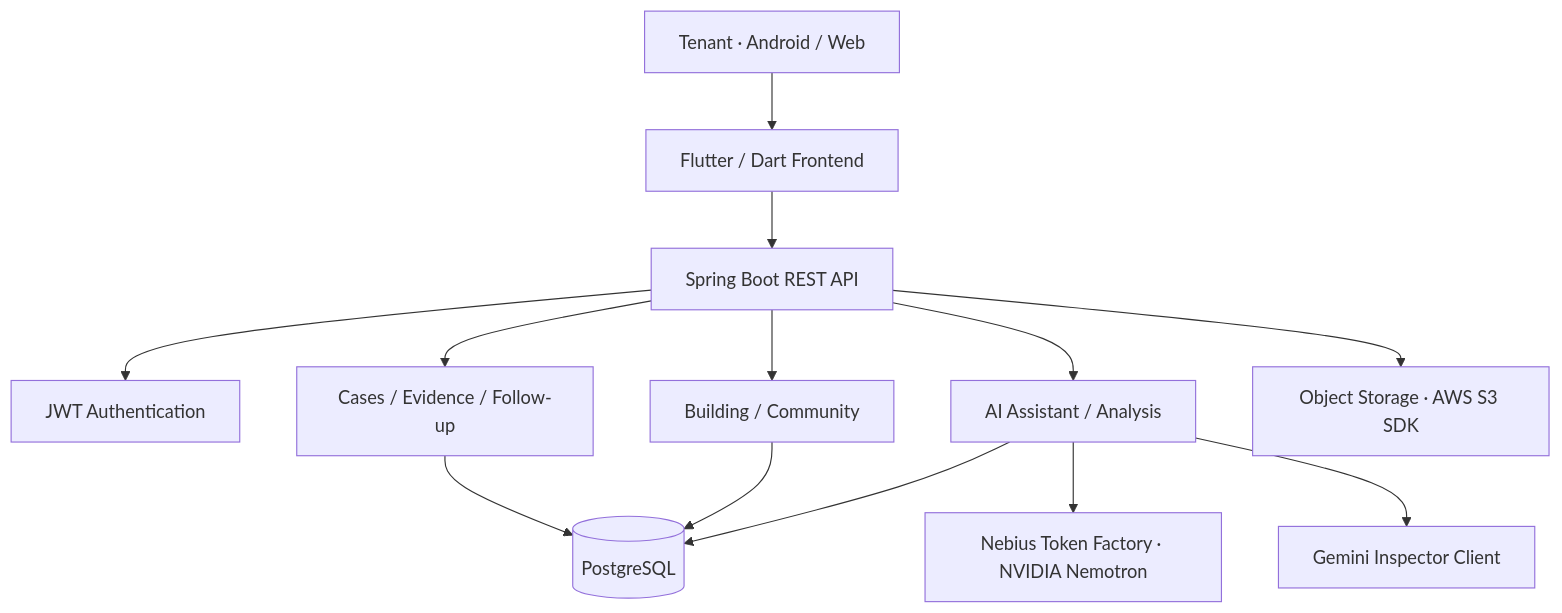
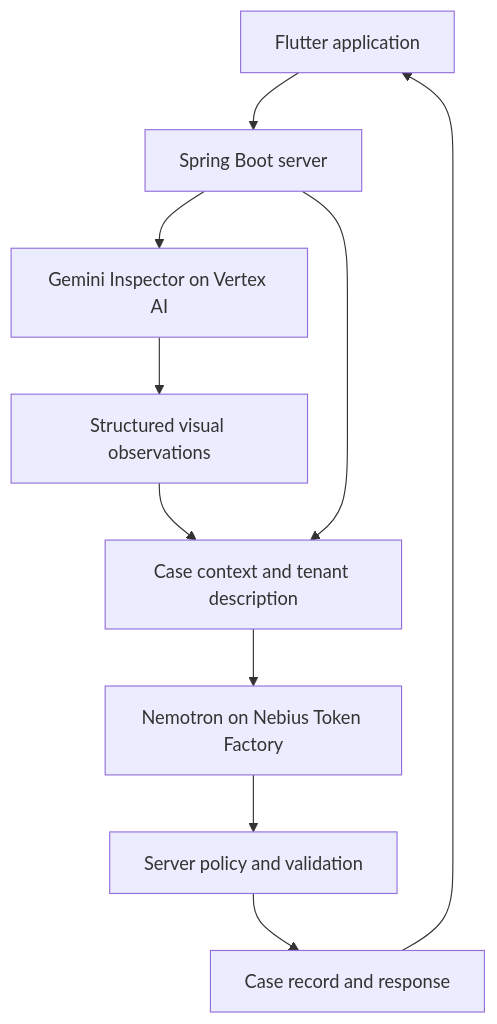
Before and after one commit to NebiusXNVIDIA-Global-AI-Hackathon/.github: the diagram in profile/README.md, drawn with Mermaid. The commit also changed other lines of this file, not shown here.

````diff
--- a/profile/README.md
+++ b/profile/README.md
@@ -129,15 +204,12 @@
 ```mermaid
 flowchart TD
-    U["Tenant · Android / Web"] --> FE["Flutter / Dart Frontend"]
-    FE --> API["Spring Boot REST API"]
-    API --> AUTH["JWT Authentication"]
-    API --> CASE["Cases / Evidence / Follow-up"]
-    API --> ASSIST["AI Assistant / Analysis"]
-    API --> PLACE["Building / Community"]
-    CASE --> DB[("PostgreSQL")]
-    PLACE --> DB
-    ASSIST --> DB
-    ASSIST --> LLM["Nebius Token Factory · NVIDIA Nemotron"]
-    ASSIST --> VISION["Gemini Inspector Client"]
-    API --> FILES["Object Storage · AWS S3 SDK"]
+    A["Flutter application"] --> B["Spring Boot server"]
+    B --> C["Gemini Inspector on Vertex AI"]
+    C --> D["Structured visual observations"]
+    D --> E["Case context and tenant description"]
+    B --> E
+    E --> F["Nemotron on Nebius Token Factory"]
+    F --> G["Server policy and validation"]
+    G --> H["Case record and response"]
+    H --> A
 ```
````
